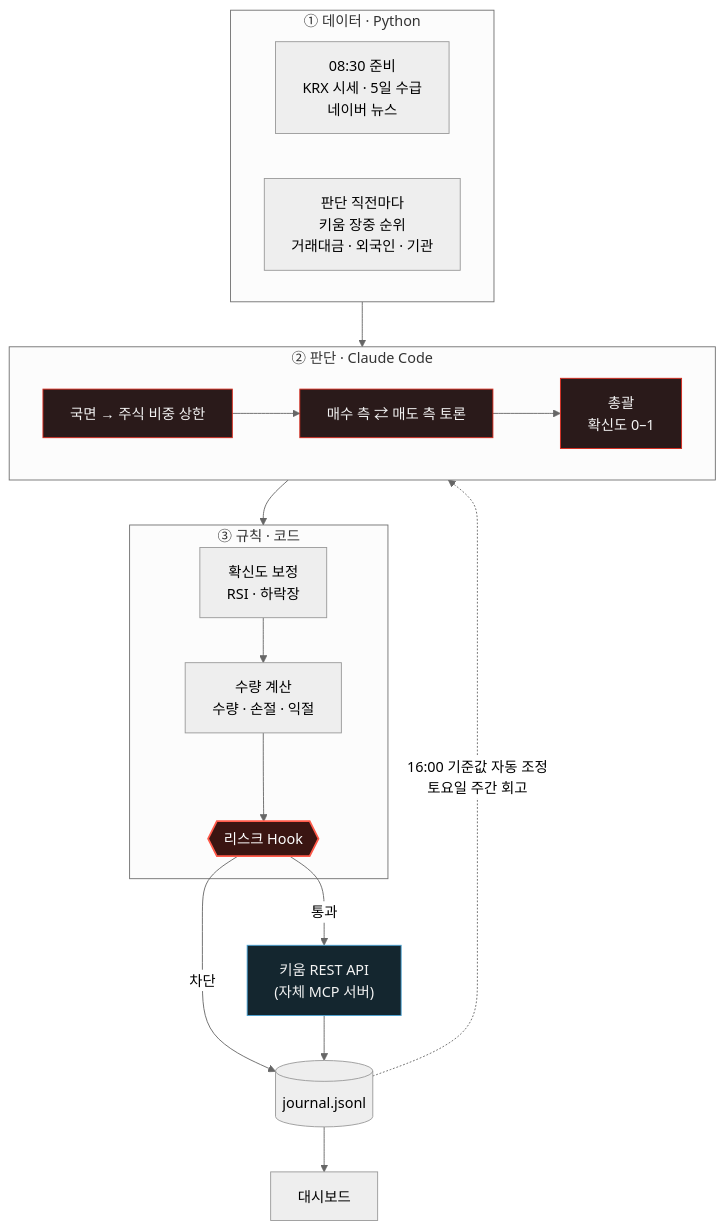
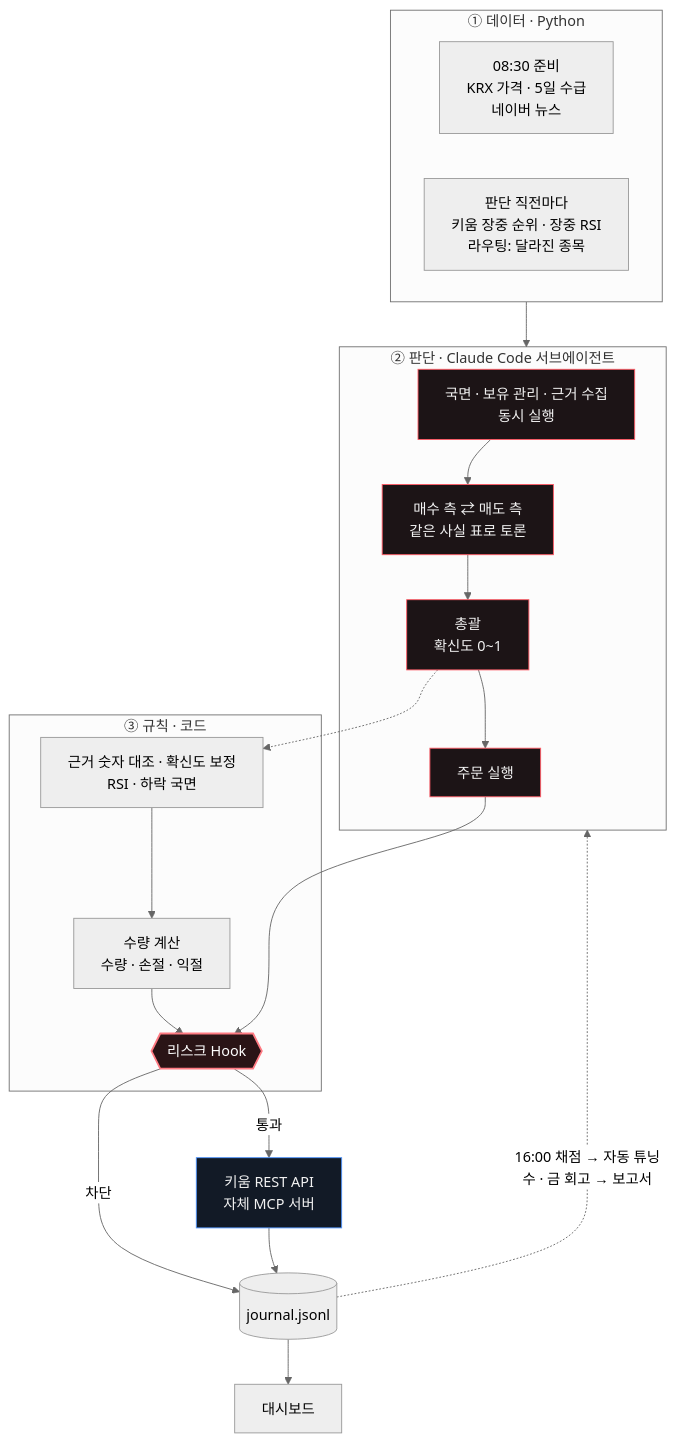
One commit to isopink/hynix-298f changed the diagram in assets/diagrams/loop.ko.mmd. Above: the diagram before and after it, drawn with Mermaid (neutral theme). The commit also changed 18 other files, not shown here.

```diff
--- a/assets/diagrams/loop.ko.mmd
+++ b/assets/diagrams/loop.ko.mmd
@@ -1,32 +1,35 @@
 flowchart TB
     subgraph DATA["① 데이터 · Python"]
-        D1["08:30 준비<br/>KRX 시세 · 5일 수급<br/>네이버 뉴스"]
-        D2["판단 직전마다<br/>키움 장중 순위<br/>거래대금 · 외국인 · 기관"]
+        D1["08:30 준비<br/>KRX 가격 · 5일 수급<br/>네이버 뉴스"]
+        D2["판단 직전마다<br/>키움 장중 순위 · 장중 RSI<br/>라우팅: 달라진 종목"]
     end
-    subgraph AGENT["② 판단 · Claude Code"]
-        A1["국면 → 주식 비중 상한"]
-        A2["매수 측 ⇄ 매도 측 토론"]
-        A3["총괄<br/>확신도 0–1"]
-        A1 --> A2 --> A3
+    subgraph AGENT["② 판단 · Claude Code 서브에이전트"]
+        A1["국면 · 보유 관리 · 근거 수집<br/>동시 실행"]
+        A2["매수 측 ⇄ 매도 측<br/>같은 사실 표로 토론"]
+        A3["총괄<br/>확신도 0~1"]
+        A4["주문 실행"]
+        A1 --> A2 --> A3 --> A4
     end
     subgraph RULES["③ 규칙 · 코드"]
-        R1["확신도 보정<br/>RSI · 하락장"]
+        R1["근거 숫자 대조 · 확신도 보정<br/>RSI · 하락 국면"]
         R2["수량 계산<br/>수량 · 손절 · 익절"]
         R3{{"리스크 Hook"}}
         R1 --> R2 --> R3
     end
-    K["키움 REST API<br/>(자체 MCP 서버)"]
+    K["키움 REST API<br/>자체 MCP 서버"]
     LOG[("journal.jsonl")]
     WEB["대시보드"]
 
-    DATA --> AGENT --> RULES
+    DATA --> AGENT
+    A3 -.-> R1
+    A4 --> R3
     R3 -- 통과 --> K
     R3 -- 차단 --> LOG
     K --> LOG --> WEB
-    LOG -. "16:00 기준값 자동 조정<br/>토요일 주간 회고" .-> AGENT
-    classDef agent fill:#2a1a1a,stroke:#da291c,color:#f3f3f3
-    classDef hook fill:#3a1512,stroke:#ff5a4a,stroke-width:2px,color:#ffffff
-    classDef ok fill:#14262f,stroke:#4aa3d4,color:#f3f3f3
-    class A1,A2,A3 agent
+    LOG -. "16:00 채점 → 자동 튜닝<br/>수 · 금 회고 → 보고서" .-> AGENT
+    classDef agent fill:#1c1416,stroke:#ff5a65,color:#f2f2f2
+    classDef hook fill:#2a1416,stroke:#ff7a82,stroke-width:2px,color:#ffffff
+    classDef ok fill:#121a26,stroke:#4e94ff,color:#f2f2f2
+    class A1,A2,A3,A4 agent
     class R3 hook
     class K ok
```
